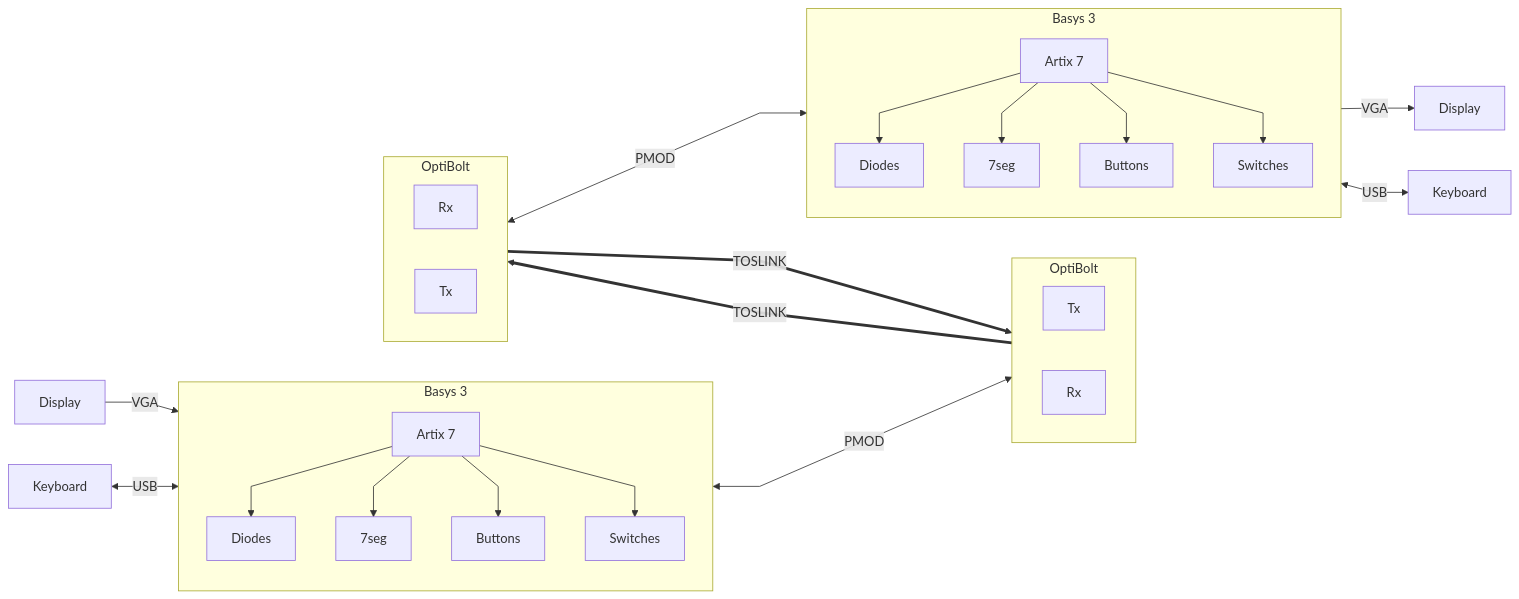
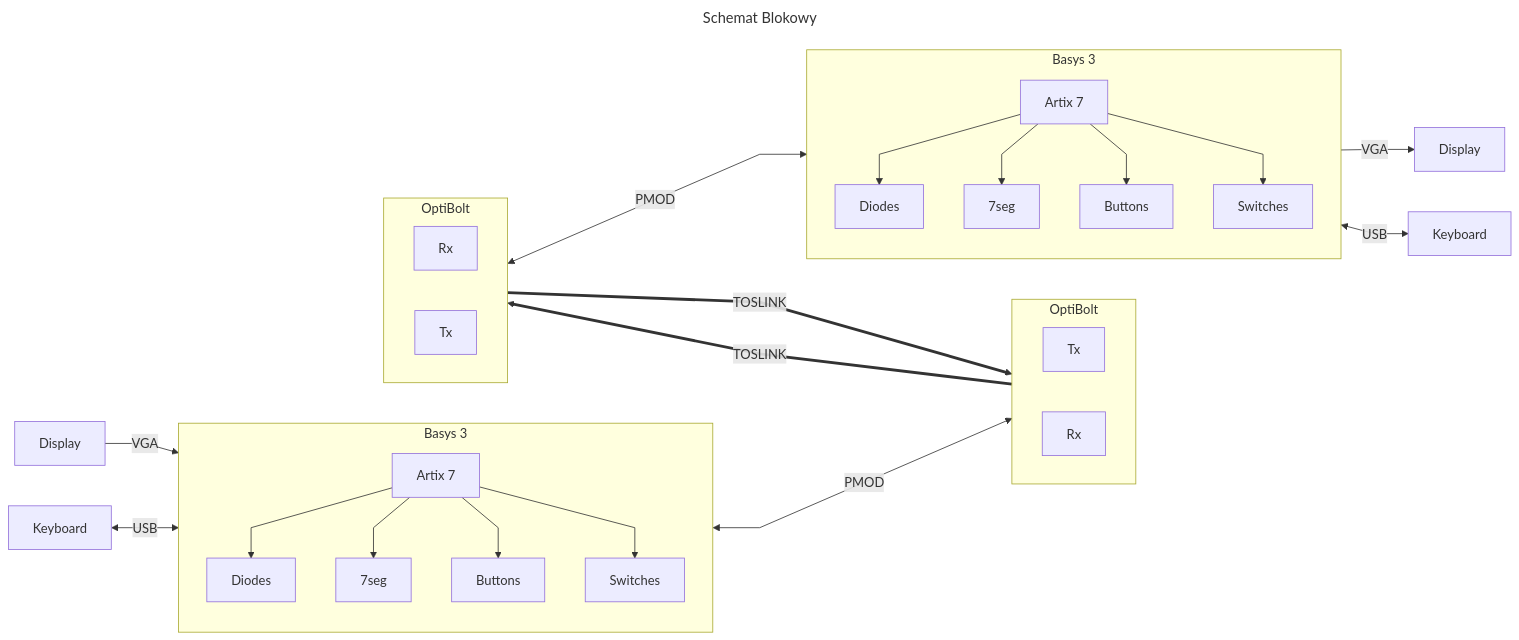
One commit to Ziemniaczenka/OptiBolt-protocol-and-evaluation changed the first of 2 diagrams in README.md. Above: the diagram before and after it, drawn with Mermaid. The commit also changed other lines of this file, not shown here.

````diff
--- a/README.md
+++ b/README.md
@@ -161,55 +161,58 @@
 ```mermaid
+---
+title: Schemat Blokowy
+---
 flowchart LR
   %%{init: {'flowchart': {'curve': 'linear'}}}%%
 
   %% --- Left Board ---
 
   Disp1[Display] --> |VGA| Basys1 
   Kb1[Keyboard] <--> |USB| Basys1
 
   subgraph Basys1[Basys 3]
     direction TB
     CPU1[Artix 7]
     CPU1 --> D1[Diodes]
     CPU1 --> 7seg1[7seg]
     CPU1 --> B1[Buttons]
     CPU1 --> Sw1[Switches]
   end
 
   %% --- Left OptiBolt ---
   subgraph OB1[OptiBolt]
     direction LR
     Tx1[Tx]
     Rx1[Rx]
   end
 
   Basys1 <--> |PMOD| OB1
 
   %% --- Right OptiBolt ---
   subgraph OB2[OptiBolt]
     direction LR
     Rx2[Rx]
     Tx2[Tx]
   end
 
   %% --- Central Optical Link ---
   Tx1 ==> |TOSLINK| Rx2 
   Rx1 ~~~  Tx2 ==> |TOSLINK| Rx1 
   Tx2 ~~~ Rx1
 
   OB2 <--> |PMOD| Basys2
 
   %% --- Right Board ---
 
   subgraph Basys2[Basys 3]
     direction TB
     CPU2[Artix 7]
     CPU2 --> D2[Diodes]
     CPU2 --> 7seg2[7seg]
     CPU2 --> B2[Buttons]
     CPU2 --> Sw2[Switches]
   end
   
   Basys2 --> |VGA| Disp2[Display]
   Basys2 <--> |USB| Kb2[Keyboard]
 ```
````
